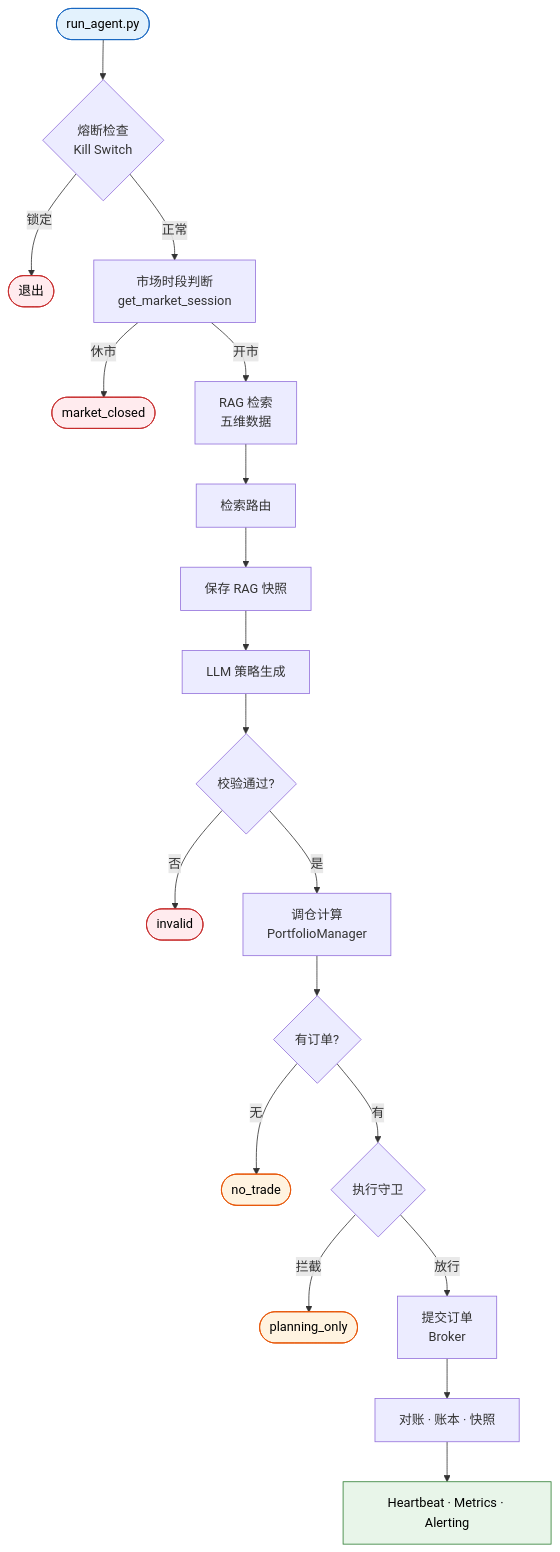
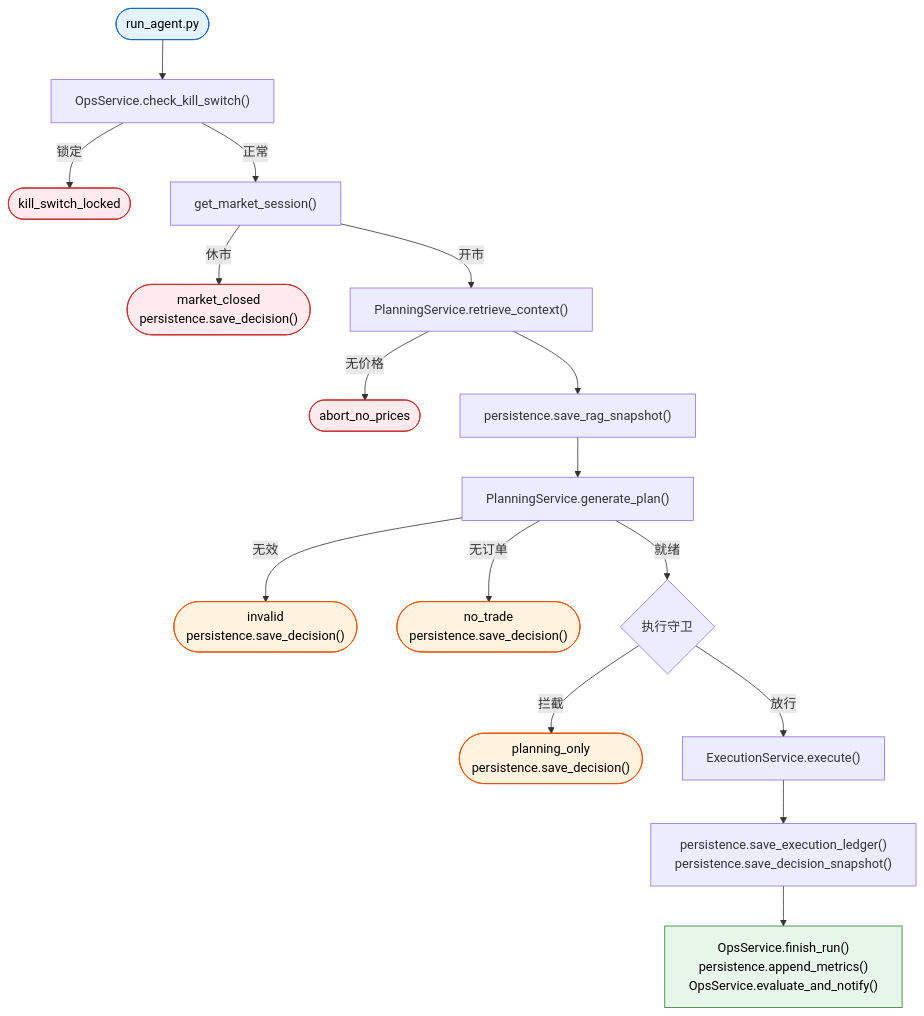
One commit to idkhgxyy/macro-quant-agent changed the second of 2 diagrams in README.zh-CN.md. Above: the diagram before and after it, drawn with Mermaid. The commit also changed other lines of this file and 1 other file, not shown here.

First line of the commit message:
docs: 更新架构图 (README + README.zh-CN)

````diff
--- a/README.zh-CN.md
+++ b/README.zh-CN.md
@@ -180,29 +253,27 @@
 ```mermaid
 flowchart TD
-    START([run_agent.py]) --> KS{"熔断检查<br/>Kill Switch"}
-    KS -->|锁定| EXIT1([退出])
-    KS -->|正常| MS["市场时段判断<br/>get_market_session"]
-    MS -->|休市| EXIT2([market_closed])
-    MS -->|开市| RAG["RAG 检索<br/>五维数据"]
-    RAG --> ROUTE["检索路由"]
-    ROUTE --> SNAP["保存 RAG 快照"]
-    SNAP --> LLM_C["LLM 策略生成"]
-    LLM_C --> VAL{"校验通过?"}
-    VAL -->|否| EXIT3([invalid])
-    VAL -->|是| REB["调仓计算<br/>PortfolioManager"]
-    REB --> ORD{"有订单?"}
-    ORD -->|无| EXIT4([no_trade])
-    ORD -->|有| GUARD{"执行守卫"}
-    GUARD -->|拦截| EXIT5([planning_only])
-    GUARD -->|放行| SUB["提交订单<br/>Broker"]
-    SUB --> RECON["对账 · 账本 · 快照"]
-    RECON --> FIN["Heartbeat · Metrics · Alerting"]
+    START([run_agent.py]) --> KS["OpsService.check_kill_switch()"]
+    KS -->|锁定| EXIT1([kill_switch_locked])
+    KS -->|正常| MS["get_market_session()"]
+    MS -->|休市| EXIT2(["market_closed<br/>persistence.save_decision()"])
+    MS -->|开市| PL1["PlanningService.retrieve_context()"]
+    PL1 -->|无价格| EXIT3([abort_no_prices])
+    PL1 --> SNAP["persistence.save_rag_snapshot()"]
+    SNAP --> PL2["PlanningService.generate_plan()"]
+    PL2 -->|无效| EXIT4(["invalid<br/>persistence.save_decision()"])
+    PL2 -->|无订单| EXIT5(["no_trade<br/>persistence.save_decision()"])
+    PL2 -->|就绪| GUARD{"执行守卫"}
+    GUARD -->|拦截| EXIT6(["planning_only<br/>persistence.save_decision()"])
+    GUARD -->|放行| E["ExecutionService.execute()"]
+    E --> R["persistence.save_execution_ledger()<br/>persistence.save_decision_snapshot()"]
+    R --> FIN["OpsService.finish_run()<br/>persistence.append_metrics()<br/>OpsService.evaluate_and_notify()"]
 
     style START fill:#e3f2fd,stroke:#1565c0,color:#000
     style EXIT1 fill:#ffebee,stroke:#c62828,color:#000
     style EXIT2 fill:#ffebee,stroke:#c62828,color:#000
     style EXIT3 fill:#ffebee,stroke:#c62828,color:#000
     style EXIT4 fill:#fff3e0,stroke:#e65100,color:#000
     style EXIT5 fill:#fff3e0,stroke:#e65100,color:#000
+    style EXIT6 fill:#fff3e0,stroke:#e65100,color:#000
     style FIN fill:#e8f5e9,stroke:#2e7d32,color:#000
 ```
````
